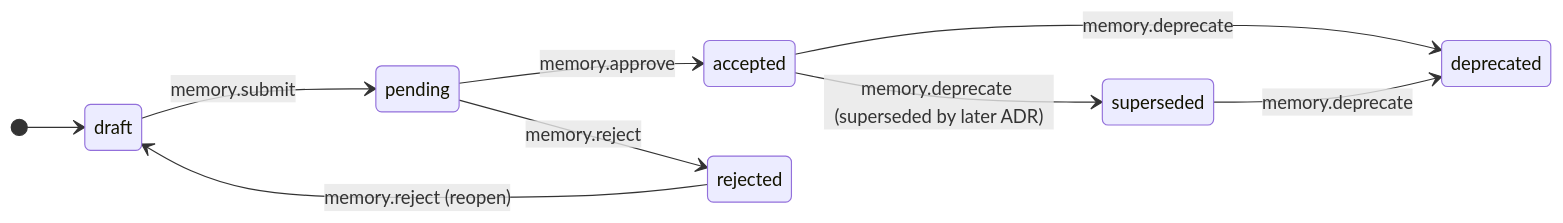
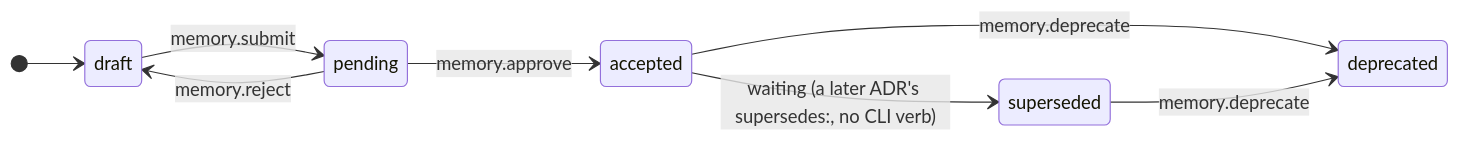
One commit to robypomper/wingfoil changed diagram 16 of 21 in .wingfoil/WORKFLOW.md. Above: the diagram before and after it, drawn with Mermaid. The commit also changed other lines of this file, not shown here.

First line of the commit message:
docs(config): task-124 — WORKFLOW.md draws the adr, tech-spec and decision-log machines memory.yaml declares

````diff
--- a/.wingfoil/WORKFLOW.md
+++ b/.wingfoil/WORKFLOW.md
@@ -369,12 +369,11 @@
 ```mermaid
 stateDiagram-v2
     direction LR
     [*] --> draft
     draft --> pending : memory.submit
     pending --> accepted : memory.approve
-    pending --> rejected : memory.reject
-    rejected --> draft : memory.reject (reopen)
-    accepted --> superseded : memory.deprecate (superseded by later ADR)
+    pending --> draft : memory.reject
+    accepted --> superseded : waiting (a later ADR's supersedes:, no CLI verb)
     accepted --> deprecated : memory.deprecate
     superseded --> deprecated : memory.deprecate
 ```
````
